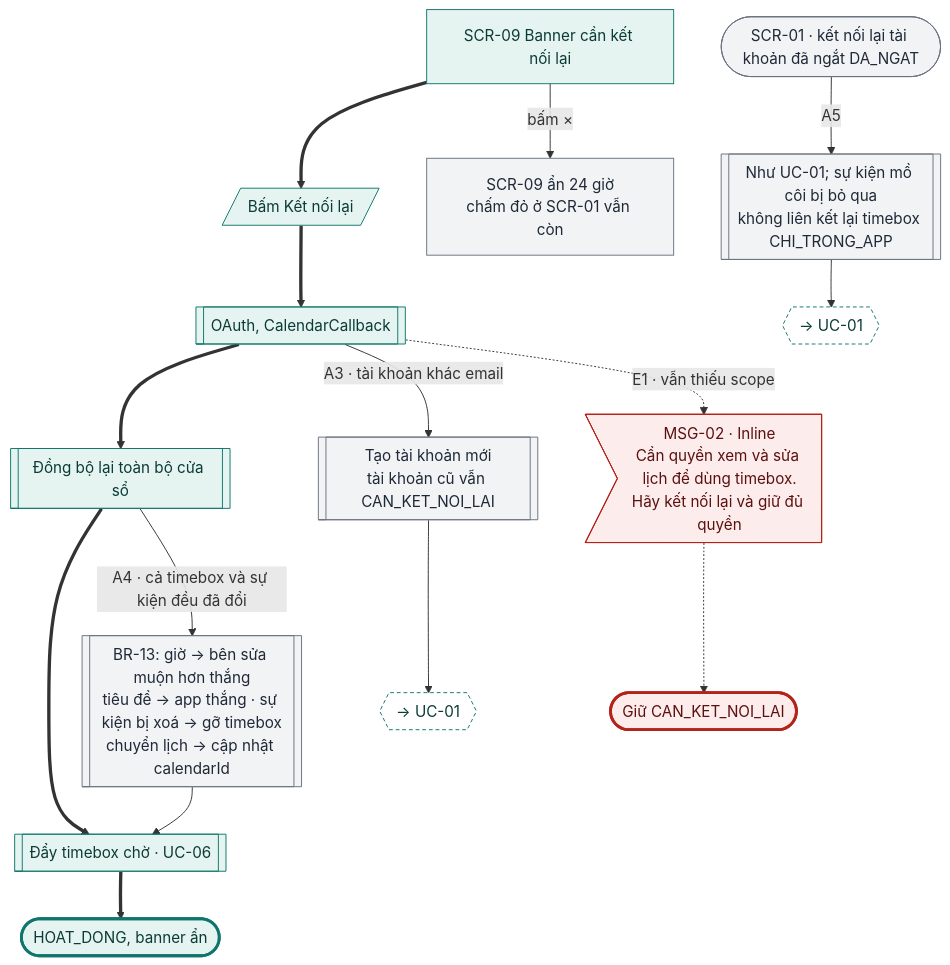
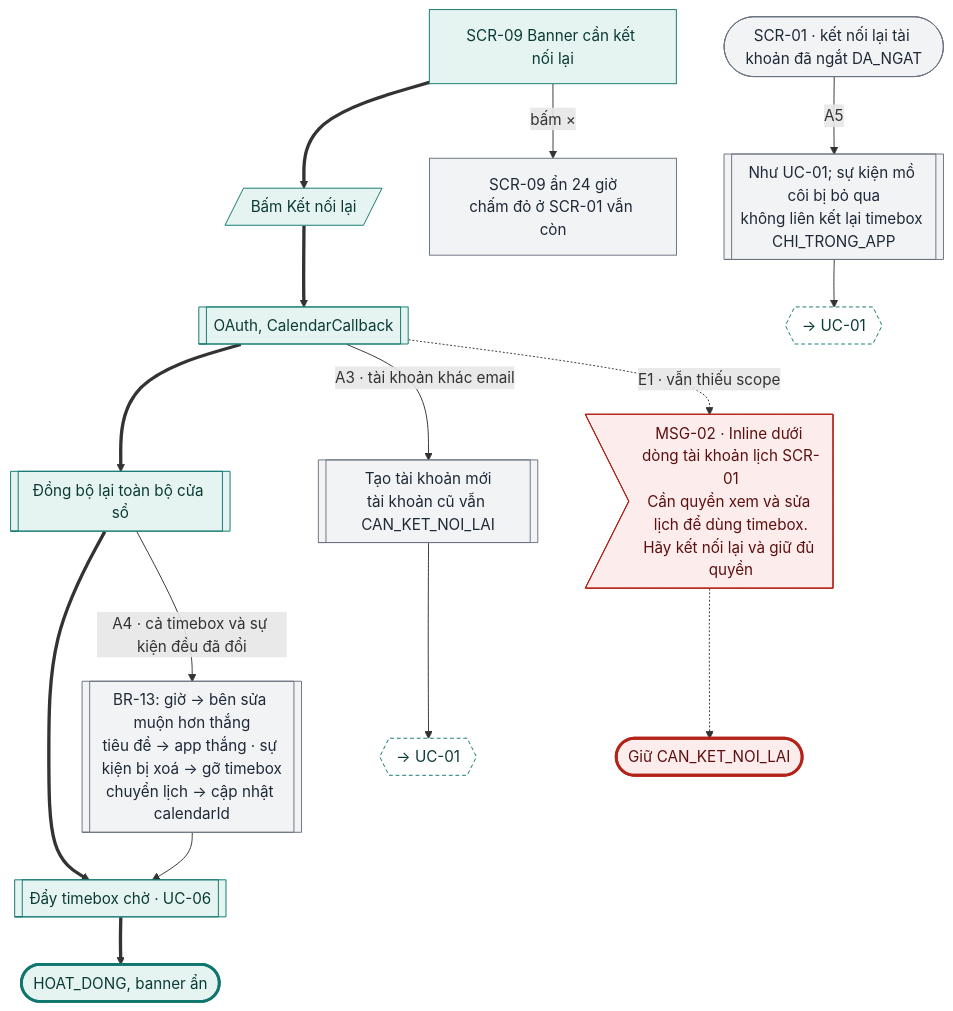
One commit to tannguyenho/personal-app changed diagram 19 of 22 in docs/design-brief/flow/g05-lich-timebox.md. Above: the diagram before and after it, drawn with Mermaid. The commit also changed other lines of this file and 7 other files, not shown here.

First line of the commit message:
docs(G05, G07): áp quyết định PO 09/11 vào SRS, PRD, flow; QC-10, IA khay

````diff
--- a/docs/design-brief/flow/g05-lich-timebox.md
+++ b/docs/design-brief/flow/g05-lich-timebox.md
@@ -847,37 +890,37 @@
 ```mermaid
 flowchart TD
   s1["SCR-09 Banner cần kết nối lại"]
   u1[/"Bấm Kết nối lại"/]
   p1[["OAuth, CalendarCallback"]]
   p2[["Đồng bộ lại toàn bộ cửa sổ"]]
   p3[["Đẩy timebox chờ · UC-06"]]
   ok(["HOAT_DONG, banner ẩn"])
   s1 ==> u1 ==> p1 ==> p2 ==> p3 ==> ok
 
   s1 -->|"bấm ×"| s1h["SCR-09 ẩn 24 giờ<br/>chấm đỏ ở SCR-01 vẫn còn"]
   p1 -->|"A3 · tài khoản khác email"| a3[["Tạo tài khoản mới<br/>tài khoản cũ vẫn CAN_KET_NOI_LAI"]]
   a3 --> a3x{{"→ UC-01"}}
   p2 -->|"A4 · cả timebox và sự kiện đều đã đổi"| a4[["BR-13: giờ → bên sửa muộn hơn thắng<br/>tiêu đề → app thắng · sự kiện bị xoá → gỡ timebox<br/>chuyển lịch → cập nhật calendarId"]]
   a4 --> p3
   start5(["SCR-01 · kết nối lại tài khoản đã ngắt DA_NGAT"]) -->|"A5"| a5[["Như UC-01; sự kiện mồ côi bị bỏ qua<br/>không liên kết lại timebox CHI_TRONG_APP"]]
   a5 --> a5x{{"→ UC-01"}}
 
-  p1 -.->|"E1 · vẫn thiếu scope"| e1m>"MSG-02 · Inline<br/>Cần quyền xem và sửa lịch để dùng timebox.<br/>Hãy kết nối lại và giữ đủ quyền"]
+  p1 -.->|"E1 · vẫn thiếu scope"| e1m>"MSG-02 · Inline dưới dòng tài khoản lịch SCR-01<br/>Cần quyền xem và sửa lịch để dùng timebox.<br/>Hãy kết nối lại và giữ đủ quyền"]
   e1m -.-> e1(["Giữ CAN_KET_NOI_LAI"])
 
   class s1,u1,p1,p2,p3 happy
   class s1h,a3,a4,start5,a5 alt
   class a3x,a5x link
   class e1m err
   class ok done
   class e1 fail
   classDef happy fill:#E6F4F1,stroke:#0F766E,color:#0B3B36
   classDef alt fill:#F1F3F5,stroke:#6B7280,color:#1F2937
   classDef err fill:#FDECEC,stroke:#B42318,color:#5C1010
   classDef warn fill:#FEF4E2,stroke:#B45309,color:#4A2604
   classDef ai fill:#F1ECFD,stroke:#6D28D9,color:#2E1065
   classDef sync fill:#FFFFFF,stroke:#6B7280,stroke-dasharray:4 3,color:#1F2937
   classDef link fill:#FFFFFF,stroke:#0F766E,stroke-dasharray:4 3,color:#0B3B36
   classDef done fill:#E6F4F1,stroke:#0F766E,stroke-width:3px,color:#0B3B36
   classDef fail fill:#FDECEC,stroke:#B42318,stroke-width:3px,color:#5C1010
 ```
````
